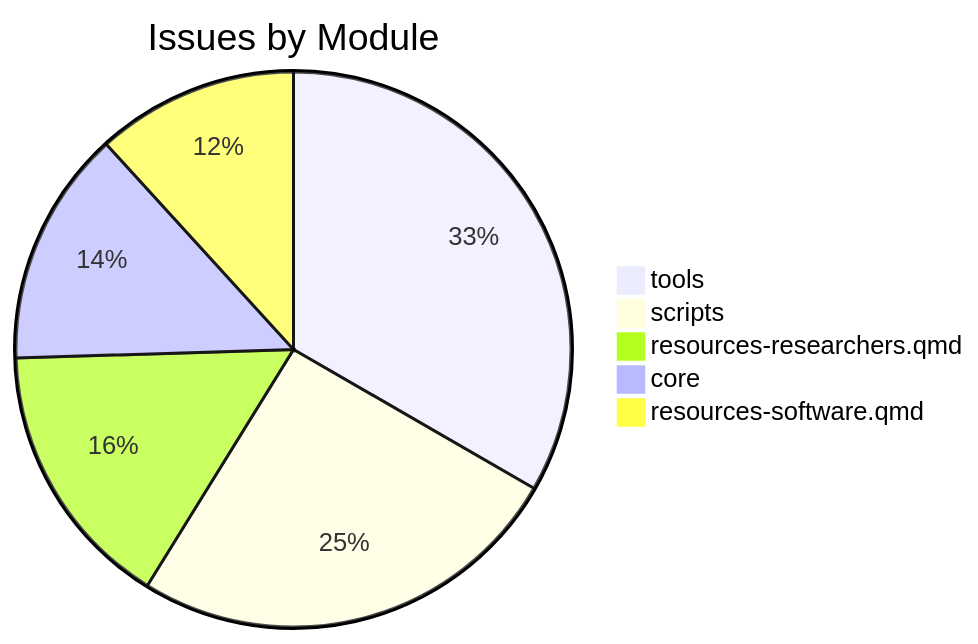
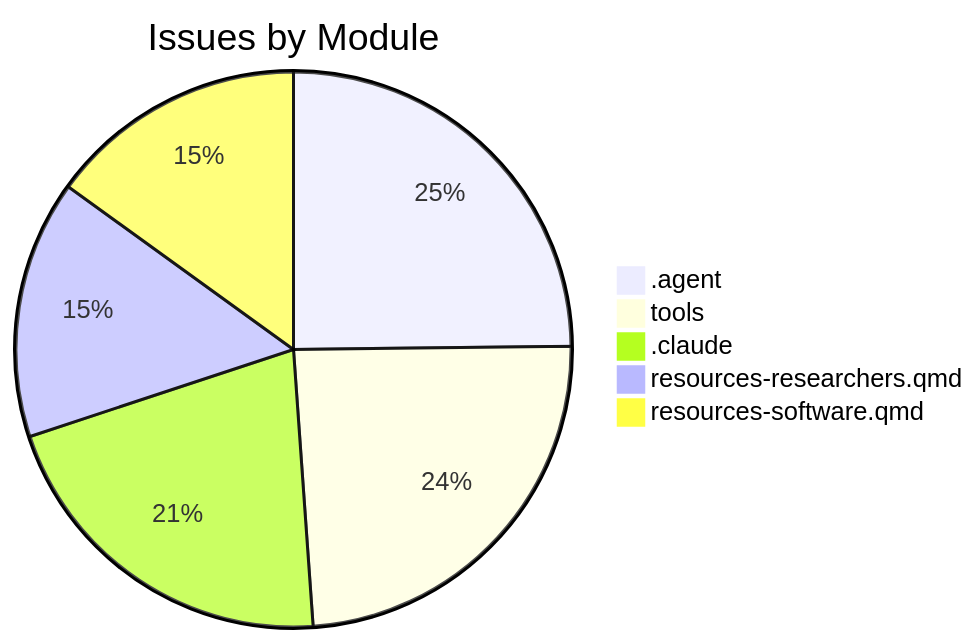
Before and after one commit to D-sorganization/AffineDrift: the second of 2 diagrams in docs/assessments/completist/Completist_Report_2026-02-26.md, drawn with Mermaid. The commit also changed other lines of this file and 33 other files, not shown here.

````diff
--- a/docs/assessments/completist/Completist_Report_2026-02-26.md
+++ b/docs/assessments/completist/Completist_Report_2026-02-26.md
@@ -22,8 +22,8 @@
 ```mermaid
 pie title Issues by Module
-    "tools" : 17
-    "scripts" : 13
-    "resources-researchers.qmd" : 8
-    "core" : 7
-    "resources-software.qmd" : 6
+    ".agent" : 33
+    "tools" : 32
+    ".claude" : 28
+    "resources-researchers.qmd" : 20
+    "resources-software.qmd" : 20
 ```
````
